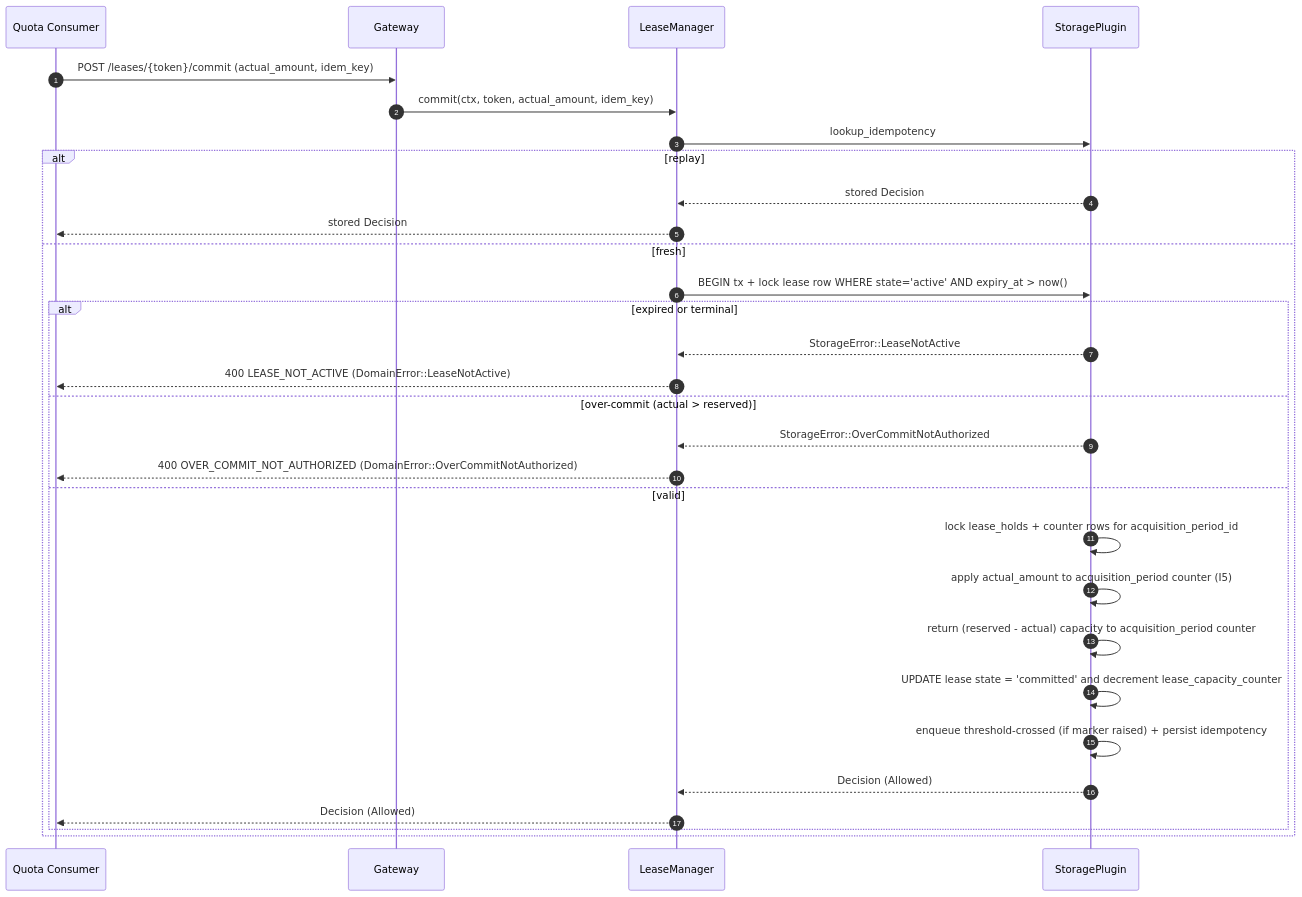
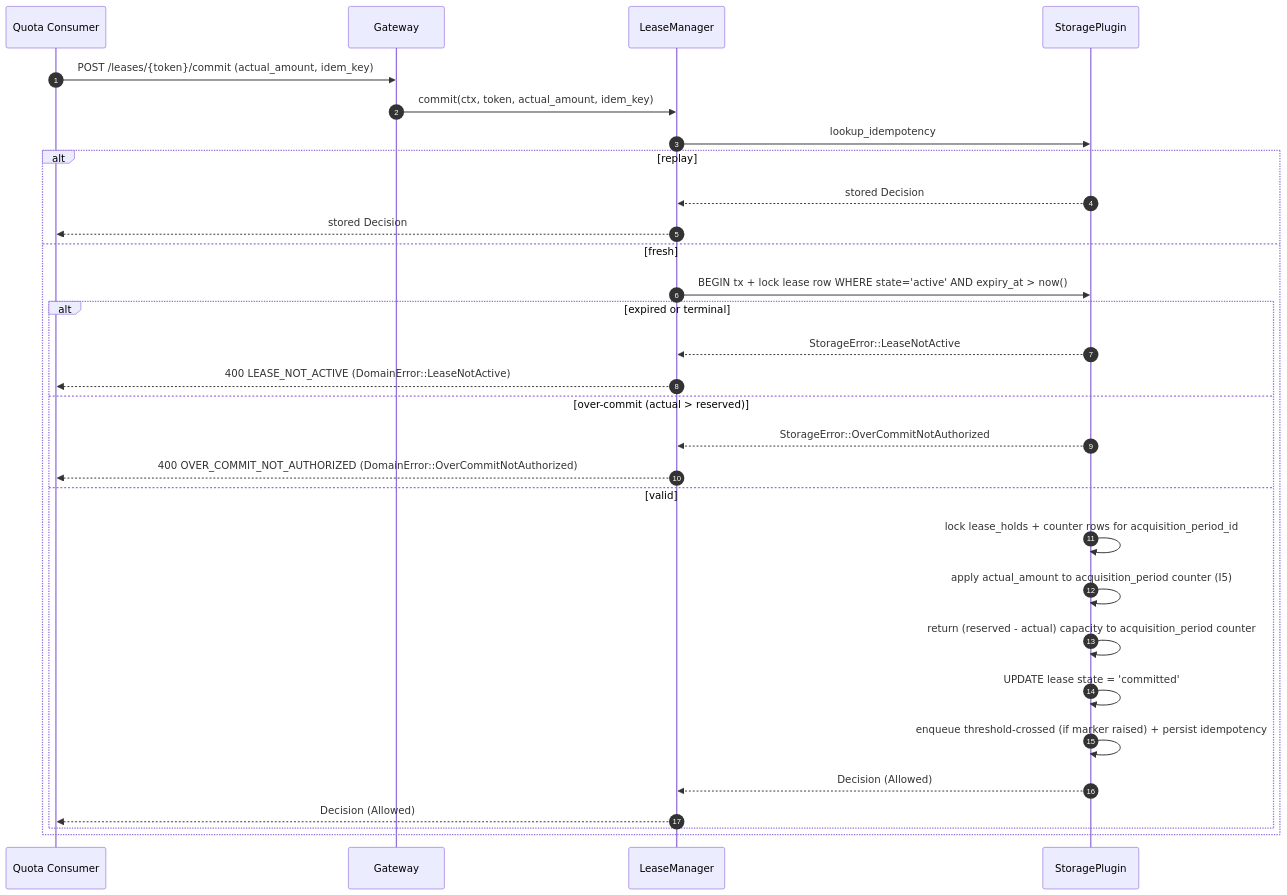
Before and after one commit to vgprod/gears-rust: the eighth of 17 diagrams in gears/system/quota-enforcement/docs/DESIGN.md, drawn with Mermaid. The commit also changed other lines of this file and 11 other files, not shown here.

````diff
--- a/gears/system/quota-enforcement/docs/DESIGN.md
+++ b/gears/system/quota-enforcement/docs/DESIGN.md
@@ -1781,33 +1781,33 @@
 ```mermaid
 sequenceDiagram
     autonumber
     participant Caller as Quota Consumer
     participant GW as Gateway
     participant LM as LeaseManager
     participant SP as StoragePlugin
 
     Caller ->> GW: POST /leases/{token}/commit (actual_amount, idem_key)
     GW ->> LM: commit(ctx, token, actual_amount, idem_key)
     LM ->> SP: lookup_idempotency
     alt replay
         SP -->> LM: stored Decision
         LM -->> Caller: stored Decision
     else fresh
         LM ->> SP: BEGIN tx + lock lease row WHERE state='active' AND expiry_at > now()
         alt expired or terminal
             SP -->> LM: StorageError::LeaseNotActive
             LM -->> Caller: 400 LEASE_NOT_ACTIVE (DomainError::LeaseNotActive)
         else over-commit (actual > reserved)
             SP -->> LM: StorageError::OverCommitNotAuthorized
             LM -->> Caller: 400 OVER_COMMIT_NOT_AUTHORIZED (DomainError::OverCommitNotAuthorized)
         else valid
             SP ->> SP: lock lease_holds + counter rows for acquisition_period_id
             SP ->> SP: apply actual_amount to acquisition_period counter (I5)
             SP ->> SP: return (reserved - actual) capacity to acquisition_period counter
-            SP ->> SP: UPDATE lease state = 'committed' and decrement lease_capacity_counter
+            SP ->> SP: UPDATE lease state = 'committed'
             SP ->> SP: enqueue threshold-crossed (if marker raised) + persist idempotency
             SP -->> LM: Decision (Allowed)
             LM -->> Caller: Decision (Allowed)
         end
     end
 ```
````
